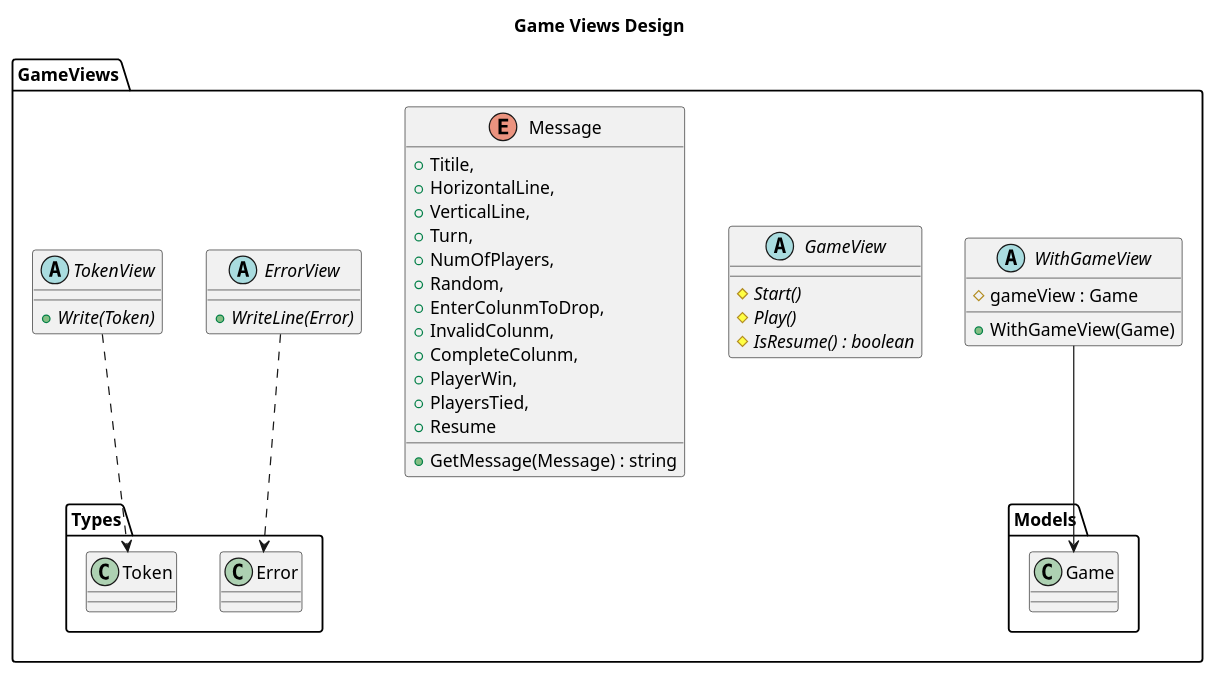
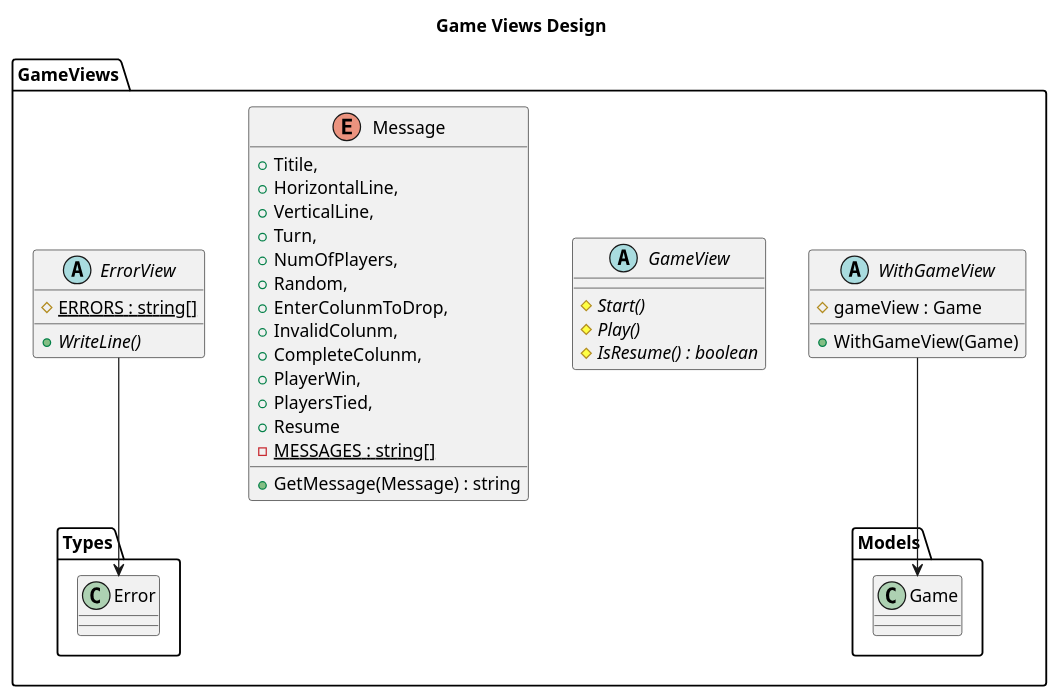
Before and after one commit to franpaulinoinfante/MasterSoftwareDevelopment: the fourth of 7 diagrams in src/Connect4/DocumentView/WithFactoryMethod/Docs/Design.plantuml, drawn with PlantUML. The commit also changed other lines of this file and 28 other files, not shown here.

```diff
--- a/src/Connect4/DocumentView/WithFactoryMethod/Docs/Design.plantuml
+++ b/src/Connect4/DocumentView/WithFactoryMethod/Docs/Design.plantuml
@@ -201,44 +195,40 @@
 @startuml GameViewsDesign
 title Game Views Design
 
 package GameViews{
     abstract WithGameView{
         #gameView : Game
         +WithGameView(Game)
     }
     WithGameView --> Models.Game 
 
     abstract GameView{
         #{abstract}Start()
         #{abstract}Play()
         #{abstract}IsResume() : boolean
     }
 
     enum Message{
         +Titile,
         +HorizontalLine,
         +VerticalLine,
         +Turn,
         +NumOfPlayers,
         +Random,
         +EnterColunmToDrop,
         +InvalidColunm,
         +CompleteColunm,
         +PlayerWin,
         +PlayersTied,
         +Resume
+        -{static}MESSAGES : string[]
         +GetMessage(Message) : string
     }
 
     abstract ErrorView{
-        +{abstract}WriteLine(Error)
+        #{static}ERRORS : string[]
+        +{abstract}WriteLine()
     }
-    ErrorView ..> Types.Error
-
-
-    abstract TokenView{
-        +{abstract}Write(Token)
-    }
-    TokenView ..> Types.Token
+    ErrorView --> Types.Error
 }
 @enduml
```
